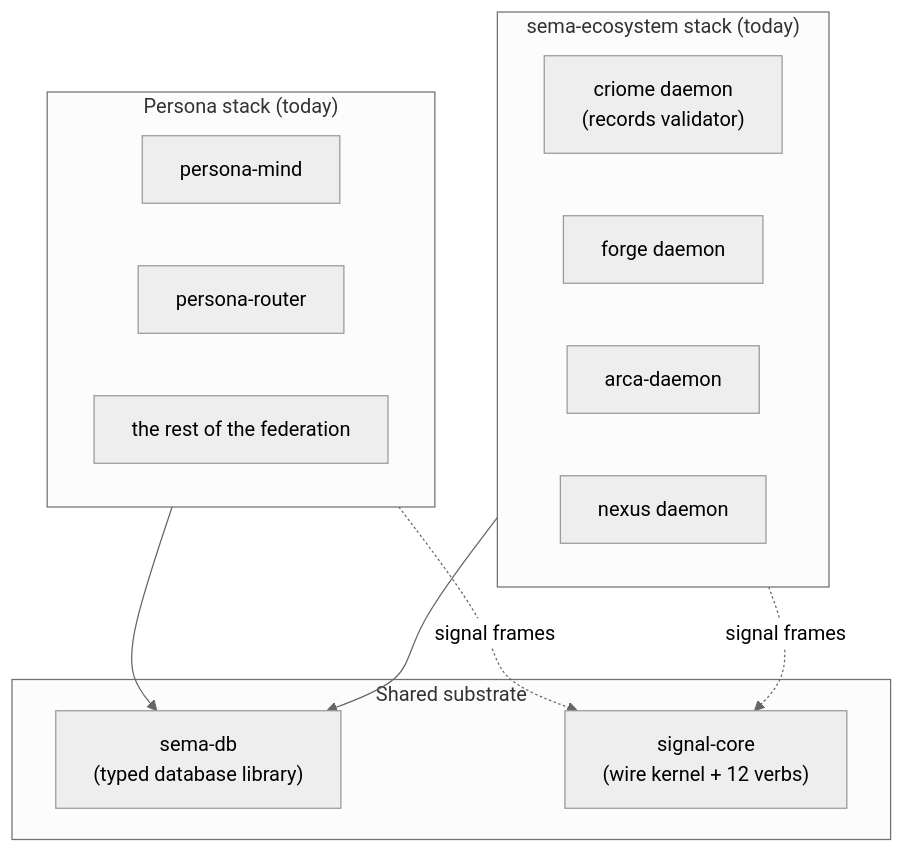
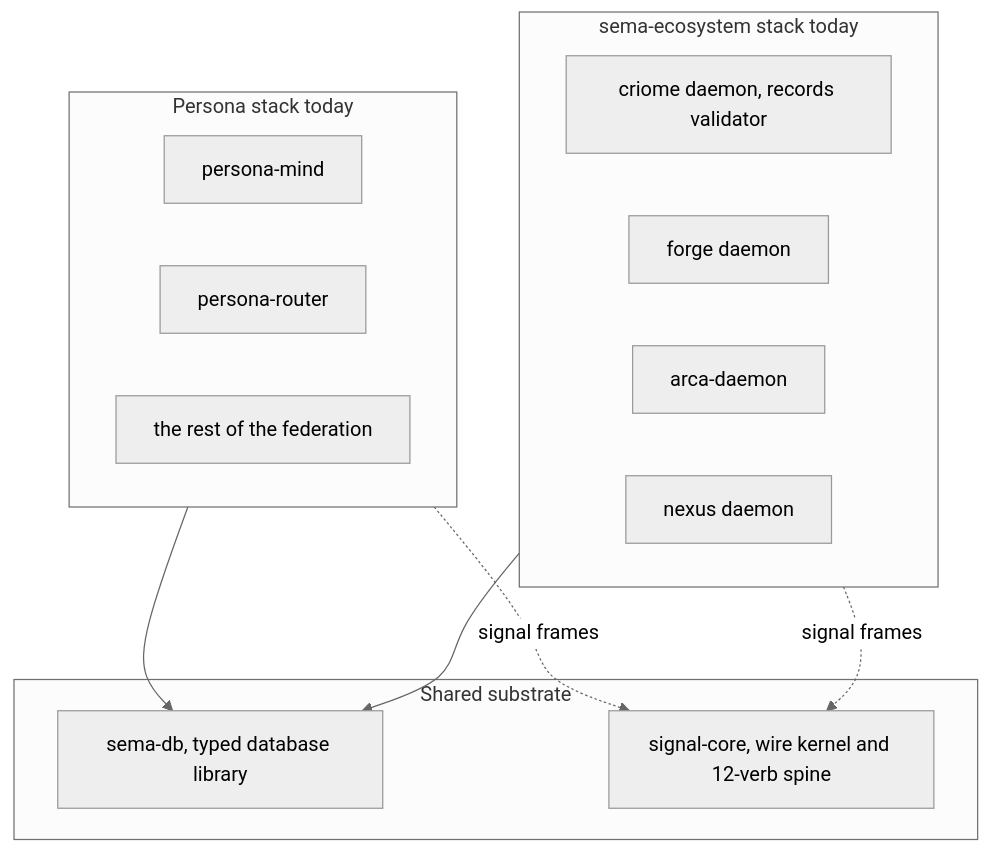
One commit to LiGoldragon/primary changed the fifth of 18 diagrams in reports/designer/114-persona-vision-as-of-2026-05-11.md. Above: the diagram before and after it, drawn with Mermaid (neutral theme). The commit also changed other lines of this file, not shown here.

Commit message:
designer/114: Mermaid 8.8 subgraph syntax fix — replace 'subgraph id["label"]' with 'subgraph id [label]' (space + unquoted), drop 'direction TB' (post-8.8)

````diff
--- a/reports/designer/114-persona-vision-as-of-2026-05-11.md
+++ b/reports/designer/114-persona-vision-as-of-2026-05-11.md
@@ -266,25 +265,25 @@
 ```mermaid
 flowchart TB
-    subgraph persona_today["Persona stack (today)"]
+    subgraph persona_today [Persona stack today]
         p_mind["persona-mind"]
         p_router["persona-router"]
         p_etc["the rest of the federation"]
     end
 
-    subgraph sema_today["sema-ecosystem stack (today)"]
-        criome_d["criome daemon<br/>(records validator)"]
+    subgraph sema_today [sema-ecosystem stack today]
+        criome_d["criome daemon, records validator"]
         forge_d["forge daemon"]
         arca_d["arca-daemon"]
         nexus_d["nexus daemon"]
     end
 
-    subgraph shared["Shared substrate"]
-        sema_lib["sema-db<br/>(typed database library)"]
-        sig_core["signal-core<br/>(wire kernel + 12 verbs)"]
+    subgraph shared [Shared substrate]
+        sema_lib["sema-db, typed database library"]
+        sig_core["signal-core, wire kernel and 12-verb spine"]
     end
 
     persona_today --> sema_lib
     sema_today --> sema_lib
     persona_today -.->|signal frames| sig_core
     sema_today -.->|signal frames| sig_core
 ```
````
